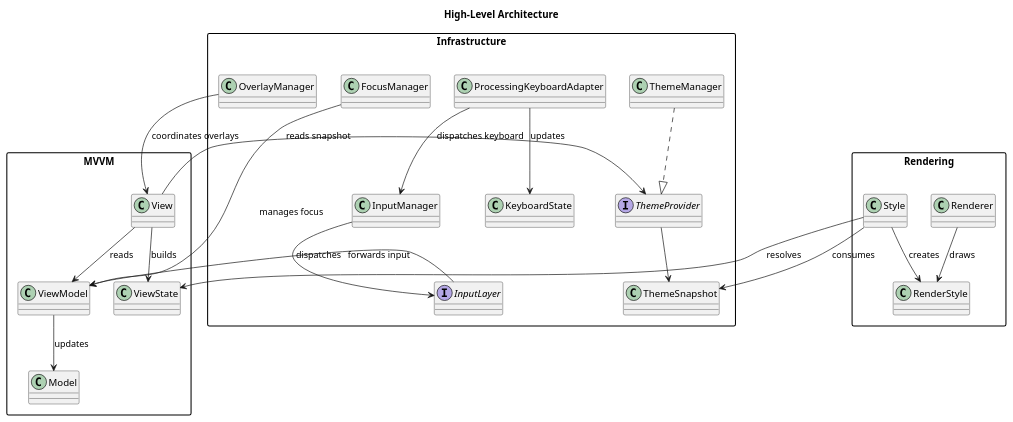
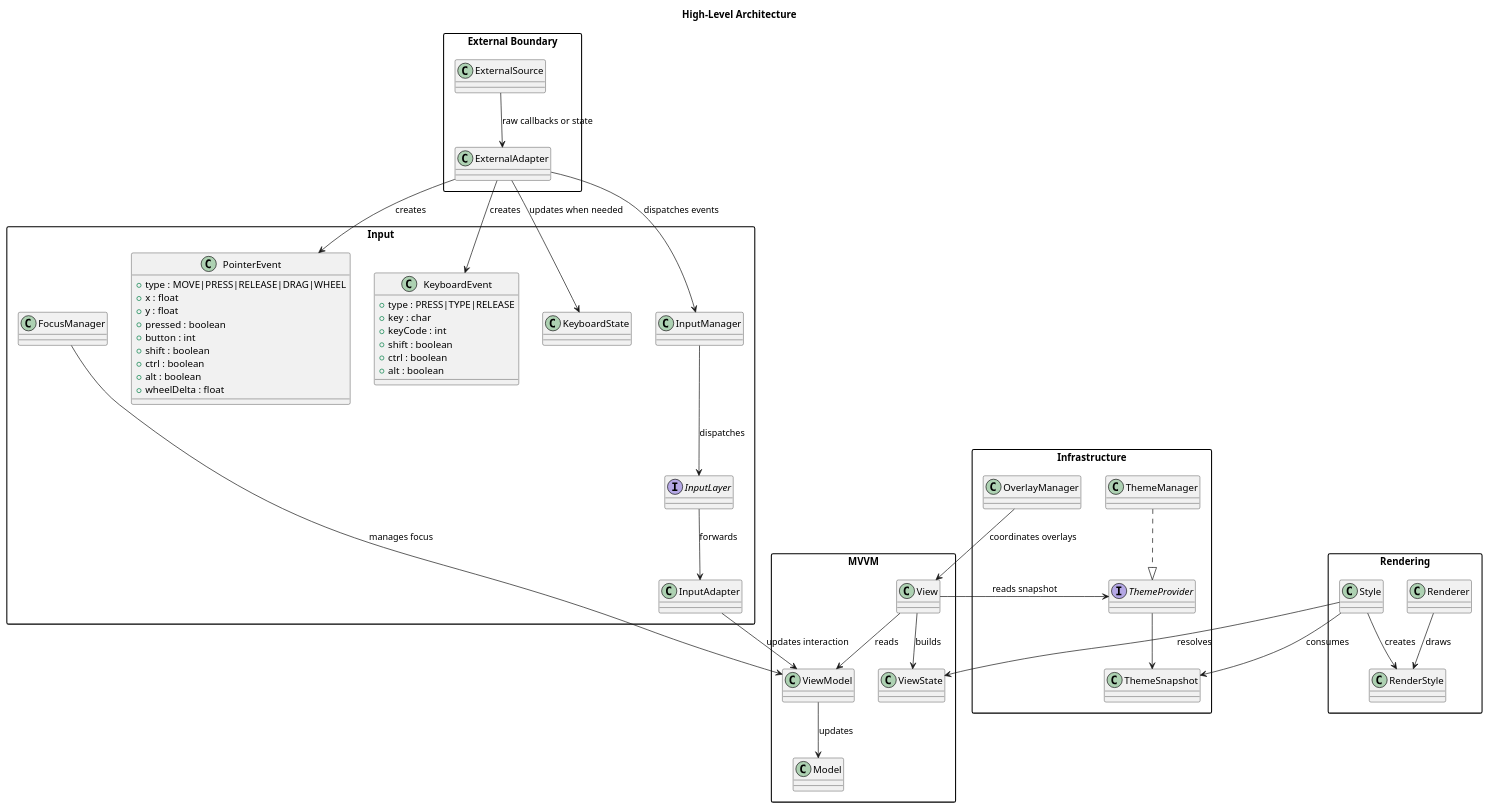
The diagram in docs/uml/architecture.puml (cdpoloz/cpz-mvvm-processing-controls), drawn with PlantUML before and after one commit. The commit also changed 13 other files, not shown here.

```diff
--- a/docs/uml/architecture.puml
+++ b/docs/uml/architecture.puml
@@ -1,49 +1,80 @@
 @startuml
 title High-Level Architecture
 skinparam packageStyle rectangle
 skinparam shadowing false
+
+package "External Boundary" {
+  class ExternalSource
+  class ExternalAdapter
+}
+
+package "Input" {
+  class PointerEvent {
+    +type : MOVE|PRESS|RELEASE|DRAG|WHEEL
+    +x : float
+    +y : float
+    +pressed : boolean
+    +button : int
+    +shift : boolean
+    +ctrl : boolean
+    +alt : boolean
+    +wheelDelta : float
+  }
+  class KeyboardEvent {
+    +type : PRESS|TYPE|RELEASE
+    +key : char
+    +keyCode : int
+    +shift : boolean
+    +ctrl : boolean
+    +alt : boolean
+  }
+  class KeyboardState
+  class InputManager
+  interface InputLayer
+  class InputAdapter
+  class FocusManager
+}
 
 package "MVVM" {
   class Model
   class ViewModel
   class View
   class ViewState
 }
 
 package "Rendering" {
   class Style
   class RenderStyle
   class Renderer
 }
 
 package "Infrastructure" {
-  class ProcessingKeyboardAdapter
-  class KeyboardState
   interface ThemeProvider
   class ThemeManager
   class ThemeSnapshot
-  class InputManager
-  interface InputLayer
-  class FocusManager
   class OverlayManager
 }
 
 ThemeManager ..|> ThemeProvider
 ThemeProvider --> ThemeSnapshot
+
+ExternalSource --> ExternalAdapter : raw callbacks or state
+ExternalAdapter --> PointerEvent : creates
+ExternalAdapter --> KeyboardEvent : creates
+ExternalAdapter --> KeyboardState : updates when needed
+ExternalAdapter --> InputManager : dispatches events
+InputManager --> InputLayer : dispatches
+InputLayer --> InputAdapter : forwards
+InputAdapter --> ViewModel : updates interaction
+FocusManager --> ViewModel : manages focus
 
 ViewModel --> Model : updates
 View --> ViewModel : reads
 View --> ViewState : builds
 View --> ThemeProvider : reads snapshot
 Style --> ViewState : resolves
 Style --> ThemeSnapshot : consumes
 Style --> RenderStyle : creates
 Renderer --> RenderStyle : draws
-
-ProcessingKeyboardAdapter --> KeyboardState : updates
-ProcessingKeyboardAdapter --> InputManager : dispatches keyboard
-InputManager --> InputLayer : dispatches
-InputLayer --> ViewModel : forwards input
-FocusManager --> ViewModel : manages focus
 OverlayManager --> View : coordinates overlays
 @enduml
```
